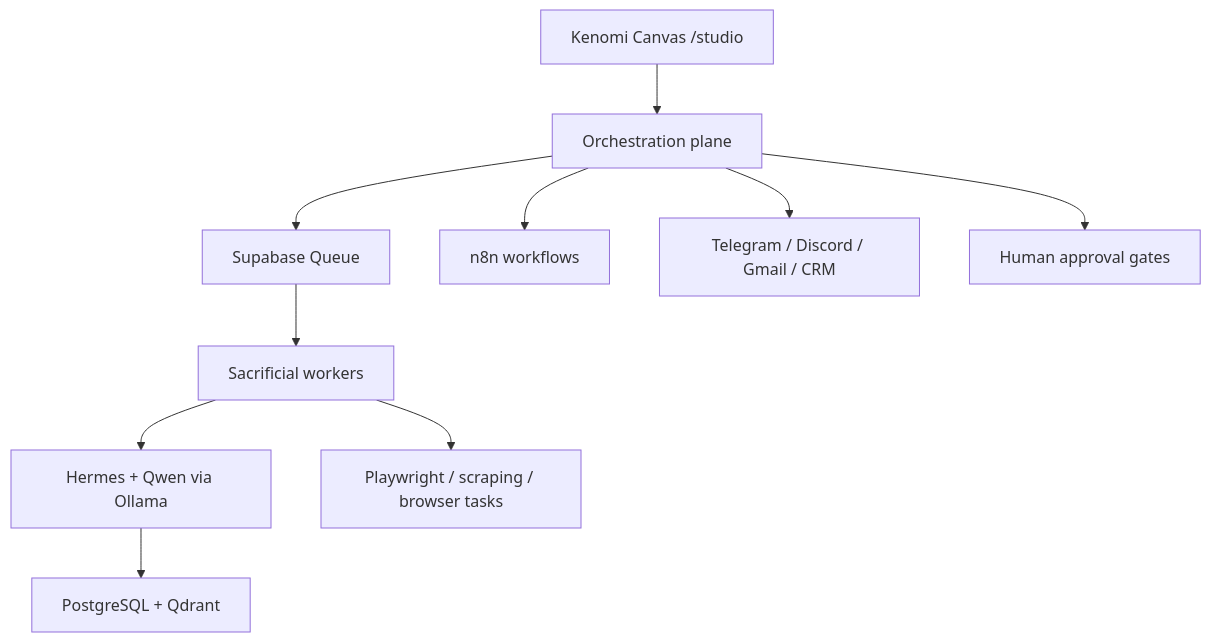
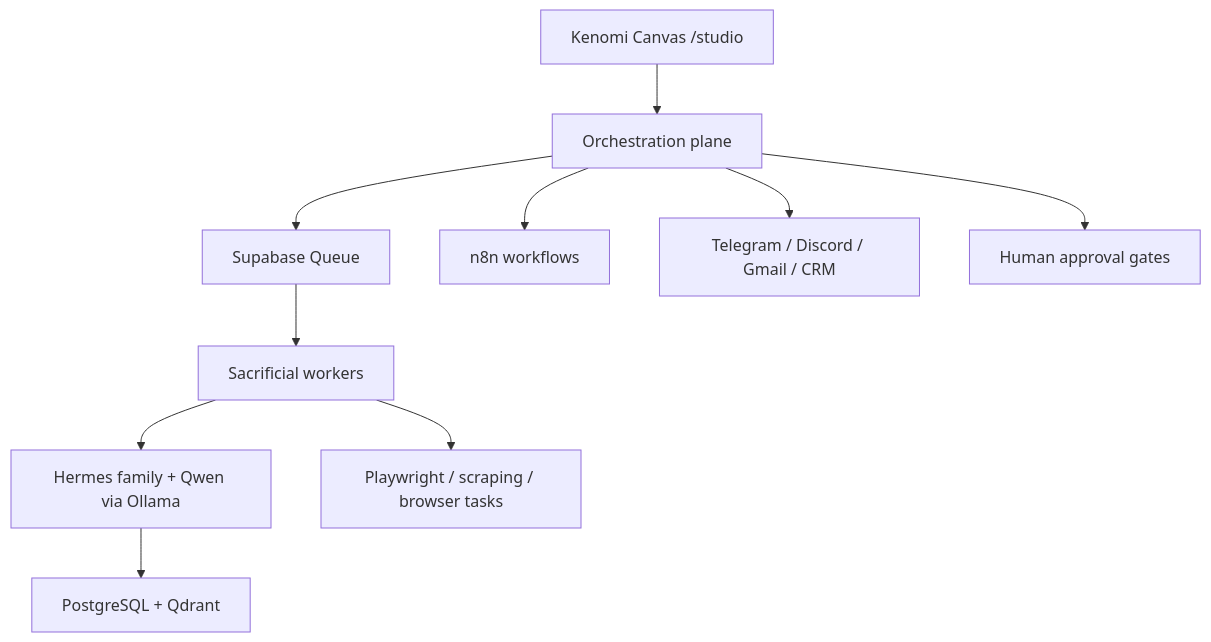
Before and after one commit to KenjiMobutu/kenomi-canvas: the second of 5 diagrams in docs/superpowers/specs/2026-05-24-kenomi-autonomous-ai-infrastructure-design.md, drawn with Mermaid. The commit also changed other lines of this file, not shown here.

Commit message:
docs: add public Hermes deployment plan

````diff
--- a/docs/superpowers/specs/2026-05-24-kenomi-autonomous-ai-infrastructure-design.md
+++ b/docs/superpowers/specs/2026-05-24-kenomi-autonomous-ai-infrastructure-design.md
@@ -62,12 +129,12 @@
 ```mermaid
 graph TB
   UI["Kenomi Canvas /studio"] --> ORCH["Orchestration plane"]
   ORCH --> QUEUE["Supabase Queue"]
   ORCH --> N8N["n8n workflows"]
   QUEUE --> WORKERS["Sacrificial workers"]
-  WORKERS --> LLM["Hermes + Qwen via Ollama"]
+  WORKERS --> LLM["Hermes family + Qwen via Ollama"]
   LLM --> MEM["PostgreSQL + Qdrant"]
   WORKERS --> TOOLS["Playwright / scraping / browser tasks"]
   ORCH --> CHANNELS["Telegram / Discord / Gmail / CRM"]
   ORCH --> APPROVAL["Human approval gates"]
 ```
````
